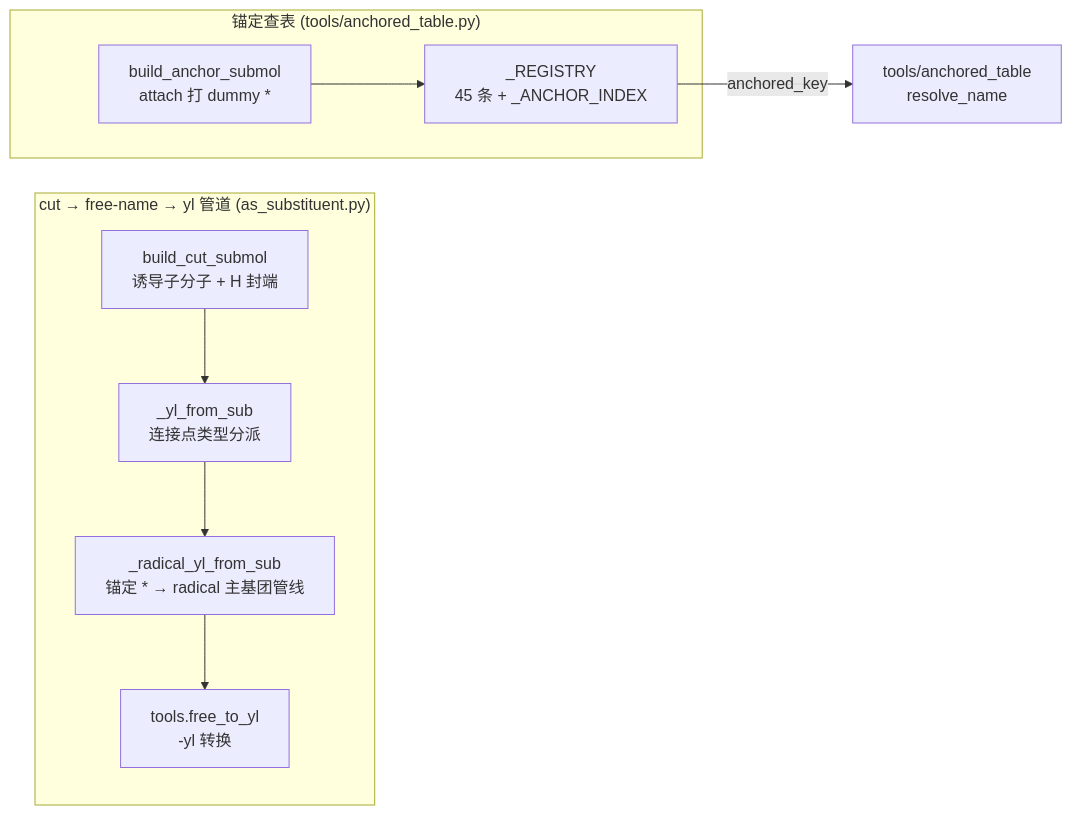
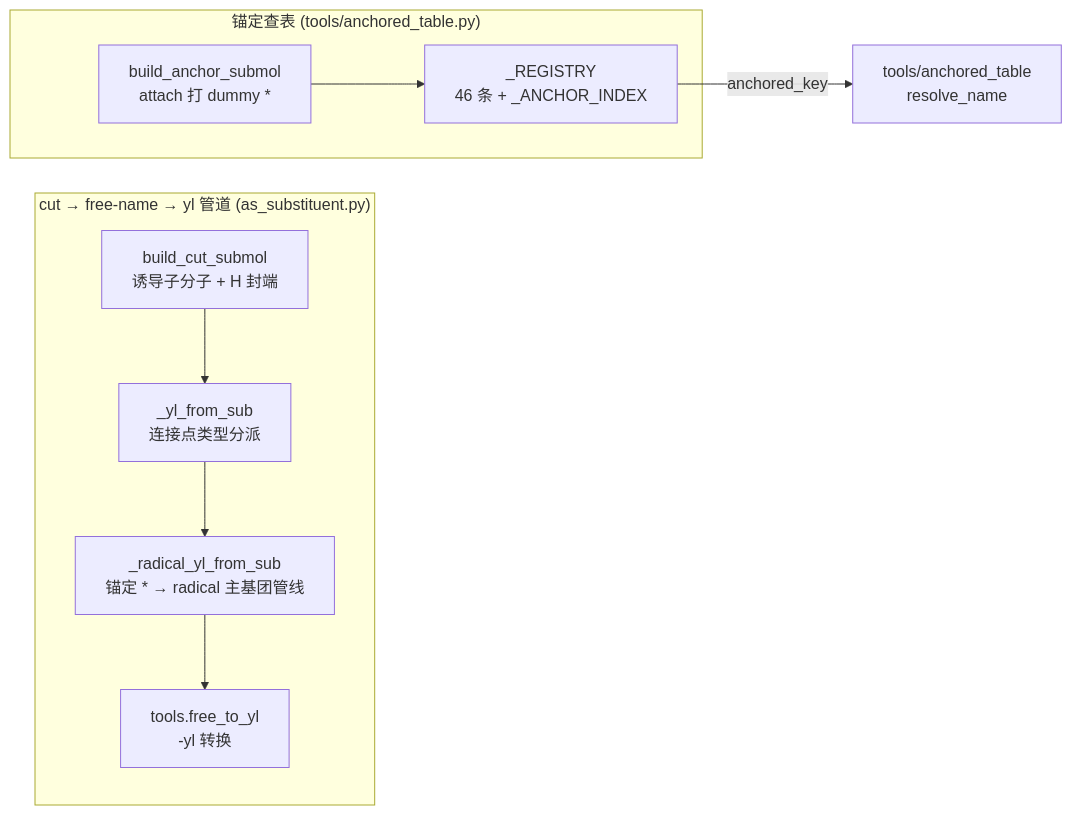
The second of 2 diagrams in docs/wiki/architecture/layer3-substituents.md (zouxiaofei1/OpenSMILES), drawn with Mermaid before and after one commit. The commit also changed other lines of this file and 21 other files, not shown here.

````diff
--- a/docs/wiki/architecture/layer3-substituents.md
+++ b/docs/wiki/architecture/layer3-substituents.md
@@ -166,20 +166,20 @@
 ```mermaid
 flowchart LR
     subgraph CUT["cut → free-name → yl 管道 (as_substituent.py)"]
         BC["build_cut_submol<br/>诱导子分子 + H 封端"]
         YL["_yl_from_sub<br/>连接点类型分派"]
         RAD["_radical_yl_from_sub<br/>锚定 * → radical 主基团管线"]
         FY["tools.free_to_yl<br/>-yl 转换"]
     end
 
     subgraph ANCHOR["锚定查表 (tools/anchored_table.py)"]
         BA["build_anchor_submol<br/>attach 打 dummy *"]
-        AT["_REGISTRY<br/>45 条 + _ANCHOR_INDEX"]
+        AT["_REGISTRY<br/>46 条 + _ANCHOR_INDEX"]
     end
 
     BC --> YL
     YL --> RAD
     RAD --> FY
     BA --> AT
     AT -->|"anchored_key"| REG["tools/anchored_table<br/>resolve_name"]
 ```
````
